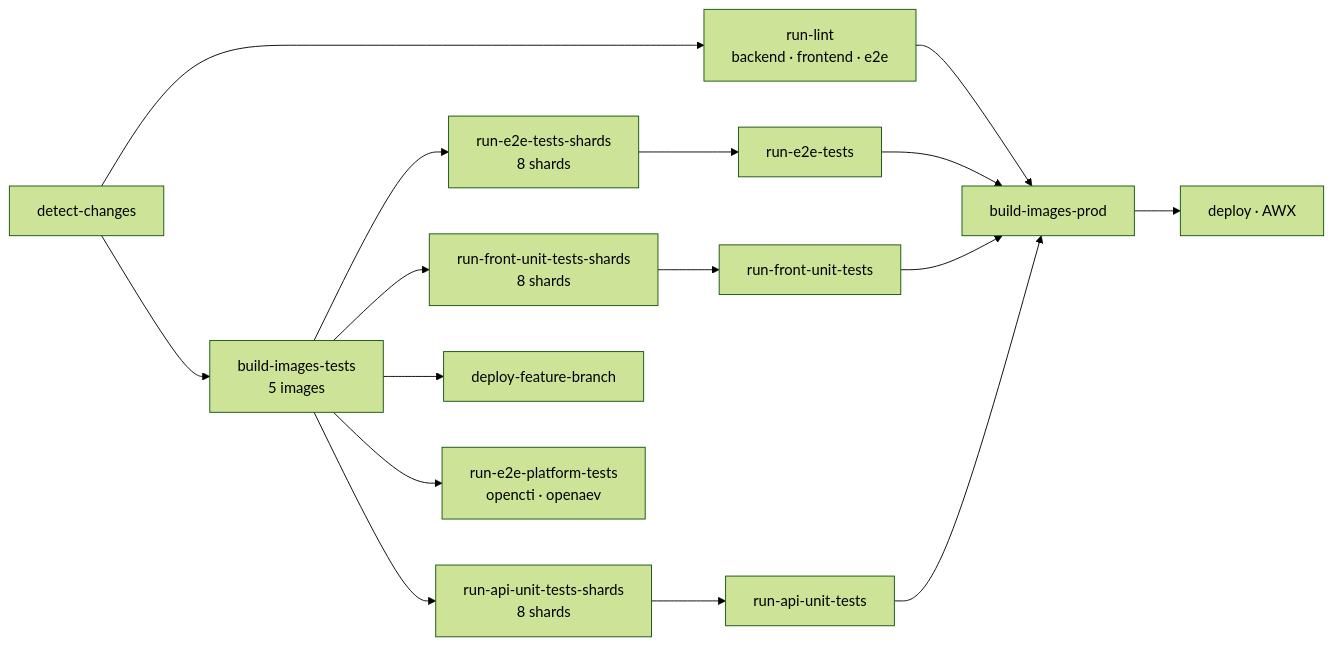
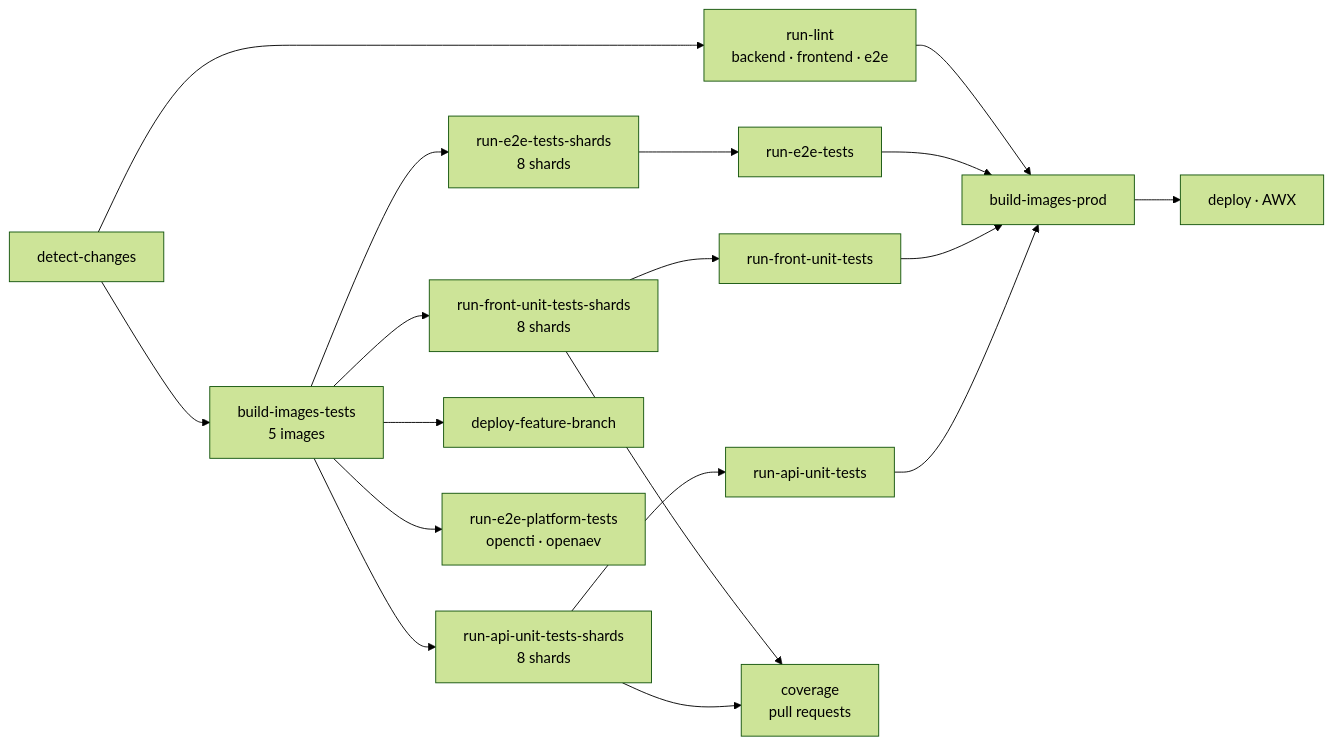
Before and after one commit to XTM-Hub/xtm-hub: the diagram in .claude/rules/ci.md, drawn with Mermaid (forest theme). The commit also changed other lines of this file and 3 other files, not shown here.

````diff
--- a/.claude/rules/ci.md
+++ b/.claude/rules/ci.md
@@ -21,18 +21,20 @@
 ```mermaid
 flowchart LR
   A[detect-changes] --> B[run-lint<br/>backend · frontend · e2e]
   A --> C[build-images-tests<br/>5 images]
   C --> D[run-e2e-tests-shards<br/>8 shards]
   C --> E[run-front-unit-tests-shards<br/>8 shards]
   C --> F[run-api-unit-tests-shards<br/>8 shards]
   C --> G[deploy-feature-branch]
   C --> P[run-e2e-platform-tests<br/>opencti · openaev]
   D --> H[run-e2e-tests]
   E --> I[run-front-unit-tests]
   F --> J[run-api-unit-tests]
+  E --> V[coverage<br/>pull requests]
+  F --> V
   B --> K[build-images-prod]
   H --> K
   I --> K
   J --> K
   K --> L[deploy · AWX]
 ```
````
